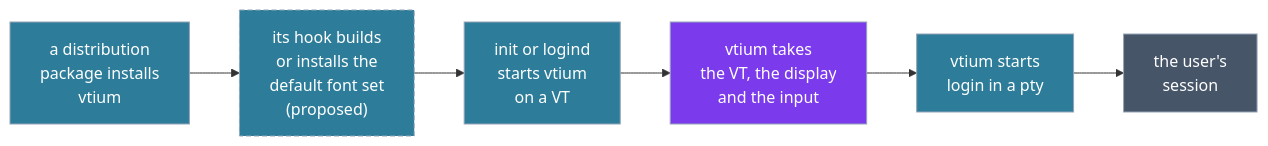
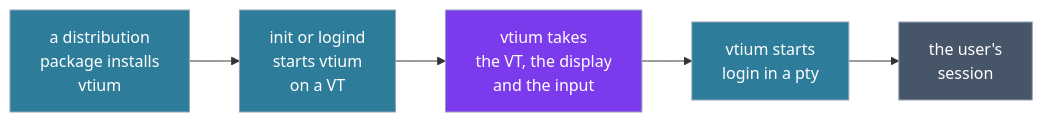
Before and after one commit to vtium/vtium: the first of 2 diagrams in docs/concepts.md, drawn with Mermaid. The commit also changed other lines of this file and 3 other files, not shown here.

````diff
--- a/docs/concepts.md
+++ b/docs/concepts.md
@@ -51,16 +48,13 @@
 ```mermaid
 flowchart LR
-    PKG["a distribution<br>package installs<br>vtium"] --> HOOK["its hook builds<br>or installs the<br>default font set<br>(proposed)"]
-    HOOK --> INIT["init or logind<br>starts vtium<br>on a VT"]
+    PKG["a distribution<br>package installs<br>vtium"] --> INIT["init or logind<br>starts vtium<br>on a VT"]
     INIT --> TAKE["vtium takes<br>the VT, the display<br>and the input"]
     TAKE --> PTY["vtium starts<br>login in a pty"]
     PTY --> USE["the user's<br>session"]
     classDef step fill:#2d7d9a,color:#ffffff,stroke:#94a3b8
     classDef core fill:#7c3aed,color:#ffffff,stroke:#94a3b8
-    classDef proposed fill:#2d7d9a,color:#ffffff,stroke:#94a3b8,stroke-dasharray:5 3
     classDef user fill:#475569,color:#ffffff,stroke:#94a3b8
     class PKG,INIT,PTY step
-    class HOOK proposed
     class TAKE core
     class USE user
 ```
````
